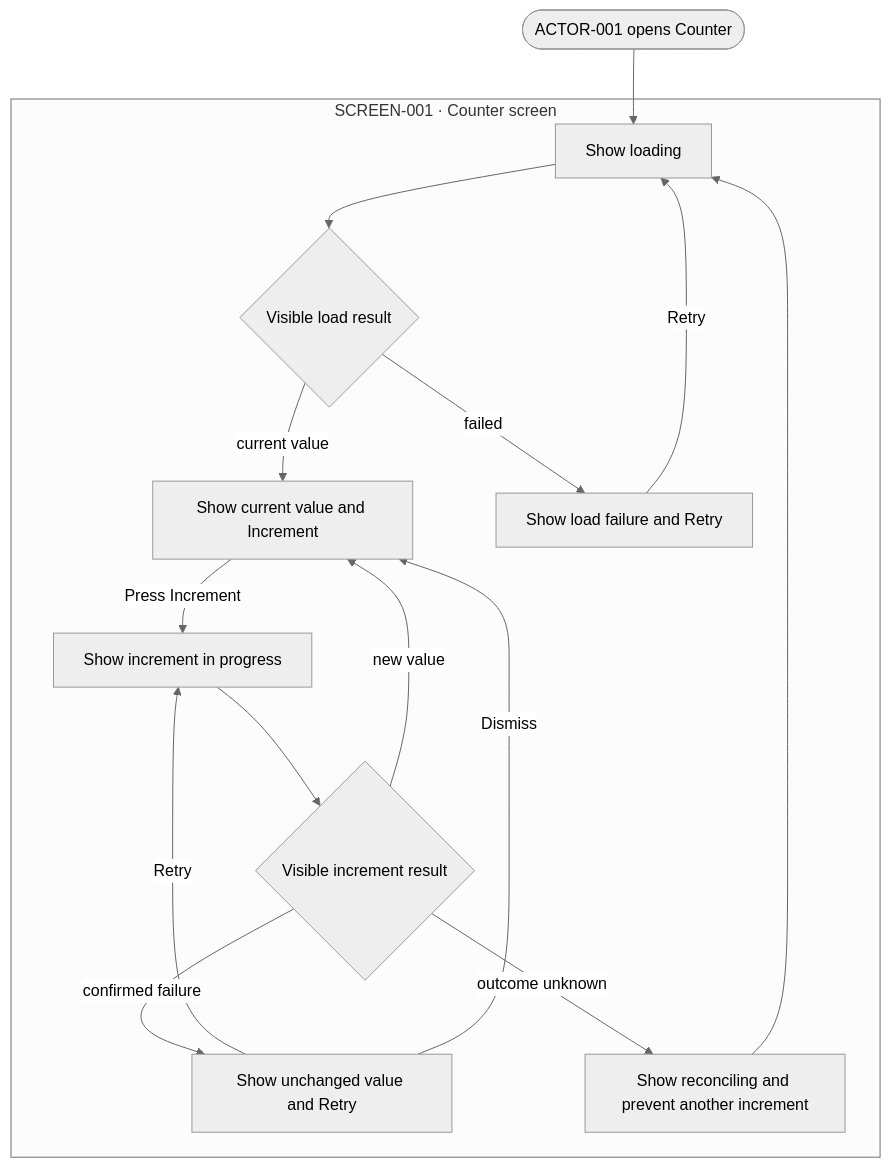
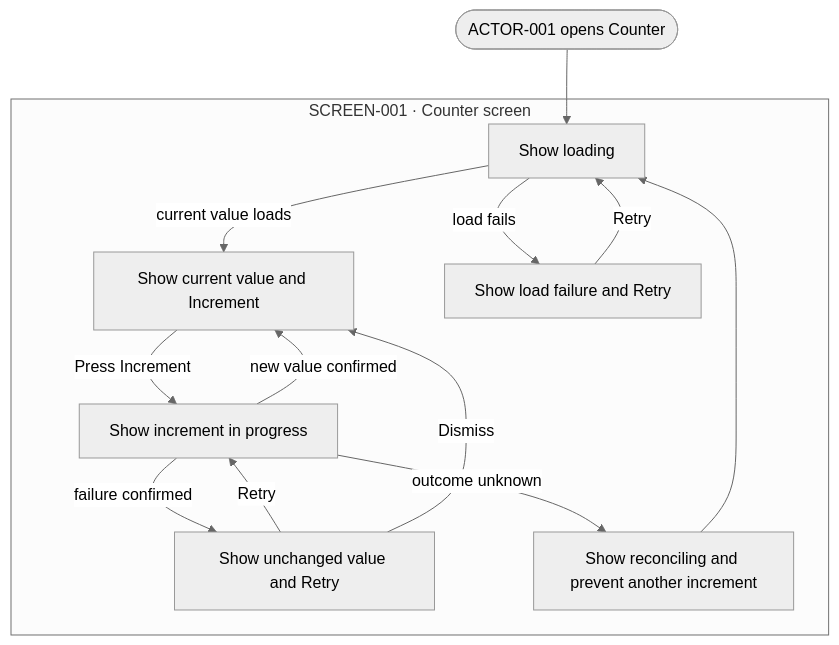
Before and after one commit to swabbie-dev/product-intent-package: the diagram in skills/product-intent-manager/assets/example-product-intent-package/experience/user-flows.md, drawn with Mermaid (neutral theme). The commit also changed 5 other files, not shown here.

````diff
--- a/skills/product-intent-manager/assets/example-product-intent-package/experience/user-flows.md
+++ b/skills/product-intent-manager/assets/example-product-intent-package/experience/user-flows.md
@@ -9,22 +9,20 @@
 ```mermaid
 flowchart TD
   START(["ACTOR-001 opens Counter"])
 
   subgraph SCREEN_001["SCREEN-001 · Counter screen"]
-    LOADING["Show loading"] --> LOAD_RESULT{"Visible load result"}
-    LOAD_RESULT -->|current value| READY["Show current value and Increment"]
-    LOAD_RESULT -->|failed| LOAD_ERROR["Show load failure and Retry"]
+    LOADING["Show loading"] -->|current value loads| READY["Show current value and Increment"]
+    LOADING -->|load fails| LOAD_ERROR["Show load failure and Retry"]
     LOAD_ERROR -->|Retry| LOADING
 
     READY -->|Press Increment| SUBMITTING["Show increment in progress"]
-    SUBMITTING --> RESULT{"Visible increment result"}
-    RESULT -->|new value| READY
-    RESULT -->|confirmed failure| RETRY["Show unchanged value and Retry"]
+    SUBMITTING -->|new value confirmed| READY
+    SUBMITTING -->|failure confirmed| RETRY["Show unchanged value and Retry"]
     RETRY -->|Retry| SUBMITTING
     RETRY -->|Dismiss| READY
-    RESULT -->|outcome unknown| RECONCILE["Show reconciling and prevent another increment"]
+    SUBMITTING -->|outcome unknown| RECONCILE["Show reconciling and prevent another increment"]
     RECONCILE --> LOADING
   end
 
   START --> LOADING
 ```
````
